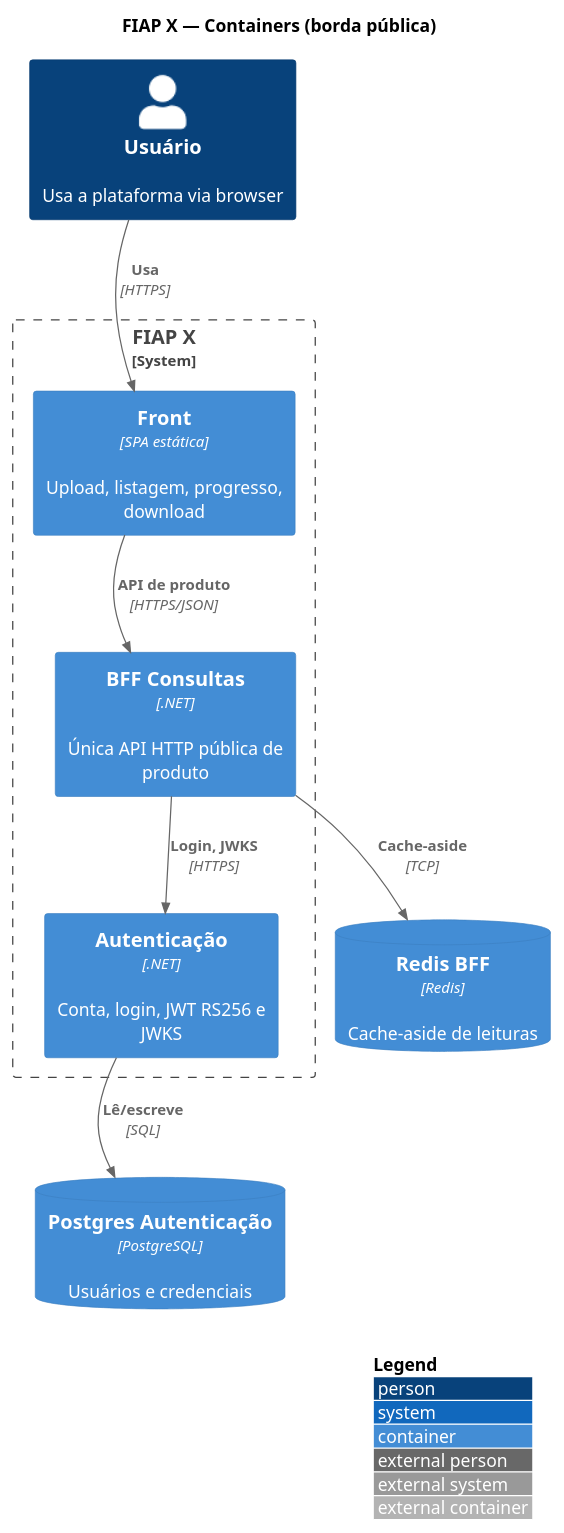
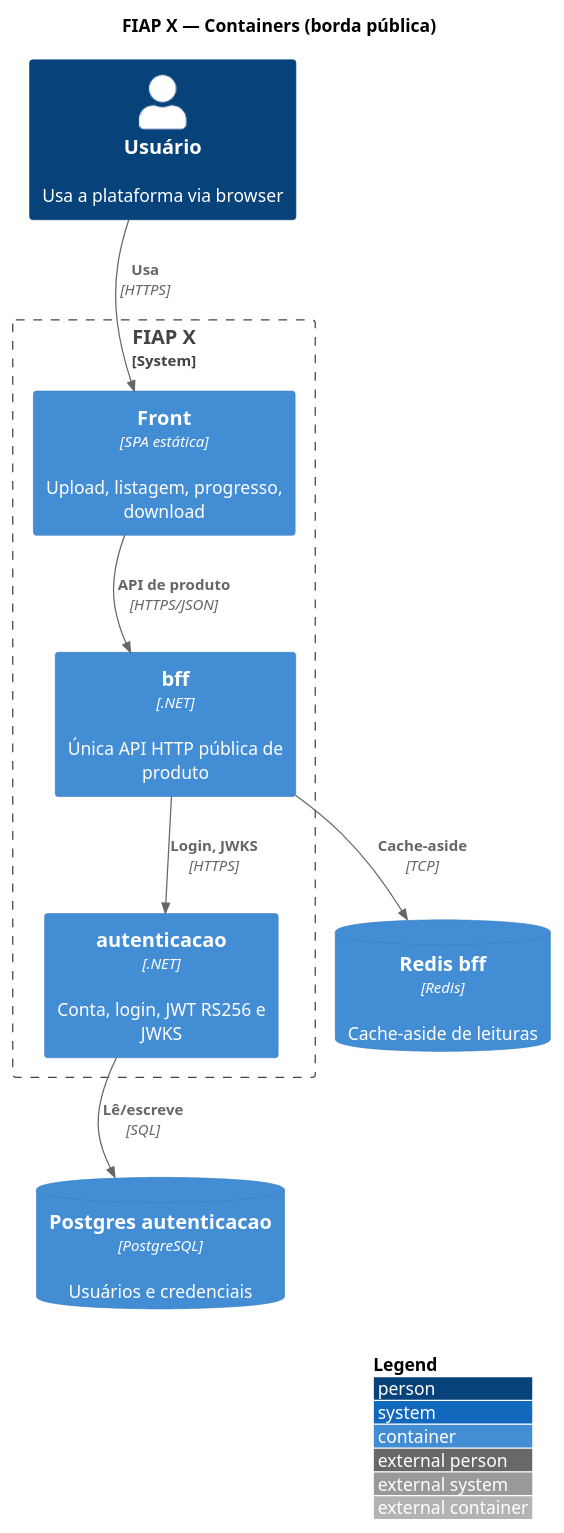
One commit to fiap-x-vcosta/docs changed the diagram in arquitetura/02_containers-publico.puml. Above: the diagram before and after it, drawn with PlantUML. The commit also changed 38 other files, not shown here.

```diff
--- a/arquitetura/02_containers-publico.puml
+++ b/arquitetura/02_containers-publico.puml
@@ -1,32 +1,32 @@
 @startuml 02_containers-publico
 !include https://raw.githubusercontent.com/plantuml-stdlib/C4-PlantUML/master/C4_Container.puml
 
 LAYOUT_WITH_LEGEND()
 LAYOUT_TOP_DOWN()
 
 title FIAP X — Containers (borda pública)
 
 Person(usuario, "Usuário", "Usa a plataforma via browser")
 
 System_Boundary(fiapx, "FIAP X") {
   Container(web, "Front", "SPA estática", "Upload, listagem, progresso, download")
-  Container(bff, "BFF Consultas", ".NET", "Única API HTTP pública de produto")
-  Container(auth, "Autenticação", ".NET", "Conta, login, JWT RS256 e JWKS")
+  Container(bff, "bff", ".NET", "Única API HTTP pública de produto")
+  Container(auth, "autenticacao", ".NET", "Conta, login, JWT RS256 e JWKS")
 }
 
-ContainerDb(pgAuth, "Postgres Autenticação", "PostgreSQL", "Usuários e credenciais")
-ContainerDb(redis, "Redis BFF", "Redis", "Cache-aside de leituras")
+ContainerDb(pgAuth, "Postgres autenticacao", "PostgreSQL", "Usuários e credenciais")
+ContainerDb(redis, "Redis bff", "Redis", "Cache-aside de leituras")
 
 Rel(usuario, web, "Usa", "HTTPS")
 Rel(web, bff, "API de produto", "HTTPS/JSON")
 Rel(bff, auth, "Login, JWKS", "HTTPS")
 Rel(bff, redis, "Cache-aside", "TCP")
 Rel(auth, pgAuth, "Lê/escreve", "SQL")
 
 Lay_D(usuario, web)
 Lay_D(web, bff)
 Lay_R(bff, auth)
 Lay_D(auth, pgAuth)
 Lay_R(bff, redis)
 
 @enduml
```
